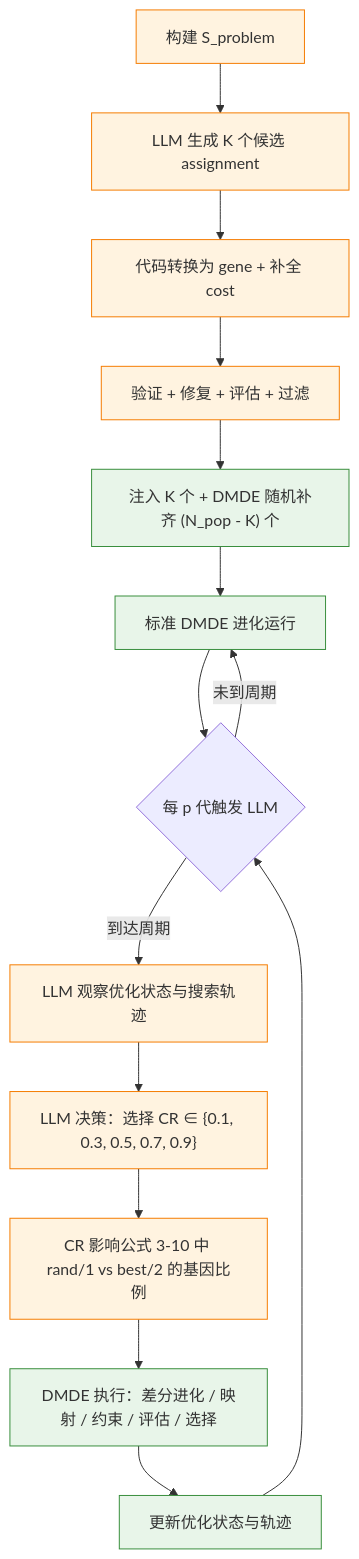
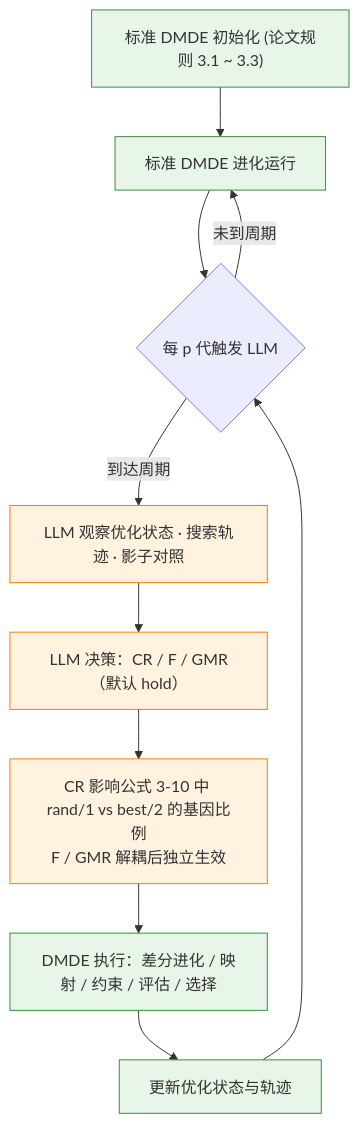
Before and after one commit to 909347194/Experiments-For-Dissertation: the first of 2 diagrams in README.md, drawn with Mermaid. The commit also changed other lines of this file and 66 other files, not shown here.

````diff
--- a/README.md
+++ b/README.md
@@ -70,28 +80,20 @@
 ```mermaid
 flowchart TD
-    A["构建 S_problem"] --> B["LLM 生成 K 个候选 assignment"]
-    B --> C["代码转换为 gene + 补全 cost"]
-    C --> D["验证 + 修复 + 评估 + 过滤"]
-    D --> E["注入 K 个 + DMDE 随机补齐 (N_pop - K) 个"]
-    E --> F[标准 DMDE 进化运行]
+    A["标准 DMDE 初始化 (论文规则 3.1 ~ 3.3)"] --> F[标准 DMDE 进化运行]
     F --> G{"每 p 代触发 LLM"}
     G -->|未到周期| F
-    G -->|到达周期| H[LLM 观察优化状态与搜索轨迹]
-    H --> I["LLM 决策：选择 CR ∈ {0.1, 0.3, 0.5, 0.7, 0.9}"]
-    I --> J["CR 影响公式 3-10 中 rand/1 vs best/2 的基因比例"]
+    G -->|到达周期| H[LLM 观察优化状态 · 搜索轨迹 · 影子对照]
+    H --> I["LLM 决策：CR / F / GMR（默认 hold）"]
+    I --> J["CR 影响公式 3-10 中 rand/1 vs best/2 的基因比例<br/>F / GMR 解耦后独立生效"]
     J --> K[DMDE 执行：差分进化 / 映射 / 约束 / 评估 / 选择]
     K --> L[更新优化状态与轨迹]
     L --> G
 
-    style A fill:#fff3e0,stroke:#f57c00
-    style B fill:#fff3e0,stroke:#f57c00
-    style C fill:#fff3e0,stroke:#f57c00
-    style D fill:#fff3e0,stroke:#f57c00
     style H fill:#fff3e0,stroke:#f57c00
     style I fill:#fff3e0,stroke:#f57c00
     style J fill:#fff3e0,stroke:#f57c00
-    style E fill:#e8f5e9,stroke:#388e3c
+    style A fill:#e8f5e9,stroke:#388e3c
     style F fill:#e8f5e9,stroke:#388e3c
     style K fill:#e8f5e9,stroke:#388e3c
     style L fill:#e8f5e9,stroke:#388e3c
 ```
````
